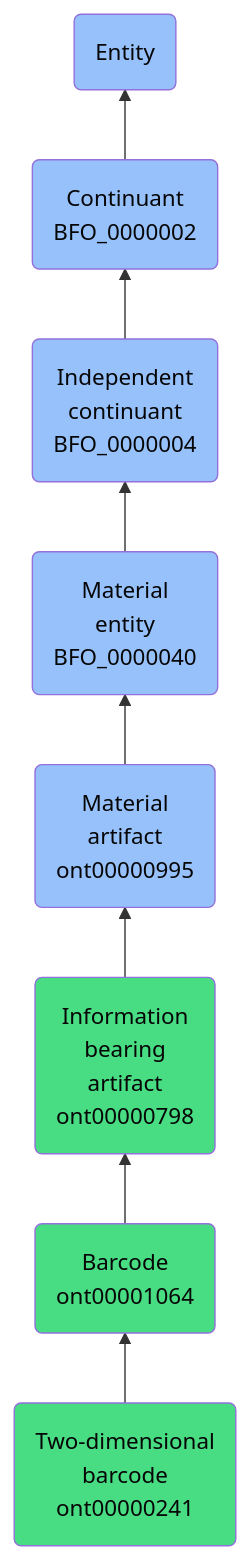
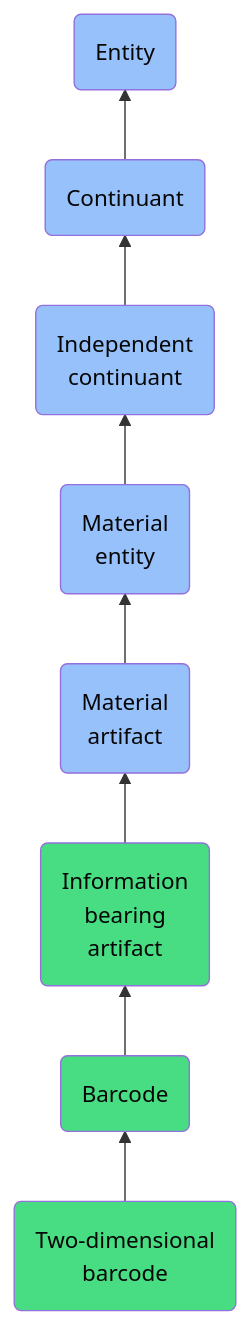
Before and after one commit to jupyter-naas/abi: the diagram in docs/ontology/reference/model/Entity/Continuant/Independent continuant/Material entity/Material artifact/Information bearing artifact/Barcode/Two-dimensional barcode/Two-dimensional barcode.md, drawn with Mermaid. The commit also changed other lines of this file and 1430 other files, not shown here.

````diff
--- a/docs/ontology/reference/model/Entity/Continuant/Independent continuant/Material entity/Material artifact/Information bearing artifact/Barcode/Two-dimensional barcode/Two-dimensional barcode.md
+++ b/docs/ontology/reference/model/Entity/Continuant/Independent continuant/Material entity/Material artifact/Information bearing artifact/Barcode/Two-dimensional barcode/Two-dimensional barcode.md
@@ -24,15 +24,15 @@
 ```mermaid
 graph BT
-    ont00000241(Two-dimensional<br>barcode<br>ont00000241):::ABI-->ont00001064
-    ont00001064(Barcode<br>ont00001064):::ABI-->ont00000798
-    ont00000798(Information<br>bearing<br>artifact<br>ont00000798):::ABI-->ont00000995
-    ont00000995(Material<br>artifact<br>ont00000995):::BFO-->BFO_0000040
-    BFO_0000040(Material<br>entity<br>BFO_0000040):::BFO-->BFO_0000004
-    BFO_0000004(Independent<br>continuant<br>BFO_0000004):::BFO-->BFO_0000002
-    BFO_0000002(Continuant<br>BFO_0000002):::BFO-->BFO_0000001
+    ont00000241(Two-dimensional<br>barcode):::ABI-->ont00001064
+    ont00001064(Barcode):::ABI-->ont00000798
+    ont00000798(Information<br>bearing<br>artifact):::ABI-->ont00000995
+    ont00000995(Material<br>artifact):::BFO-->BFO_0000040
+    BFO_0000040(Material<br>entity):::BFO-->BFO_0000004
+    BFO_0000004(Independent<br>continuant):::BFO-->BFO_0000002
+    BFO_0000002(Continuant):::BFO-->BFO_0000001
     BFO_0000001(Entity):::BFO
     
     classDef BFO fill:#97c1fb,color:#060606
     classDef CCO fill:#e4c51e,color:#060606
     classDef ABI fill:#48DD82,color:#060606
 ```
````
